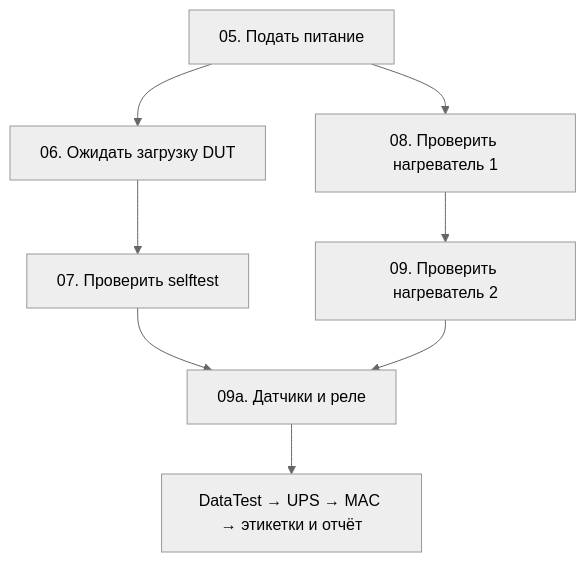
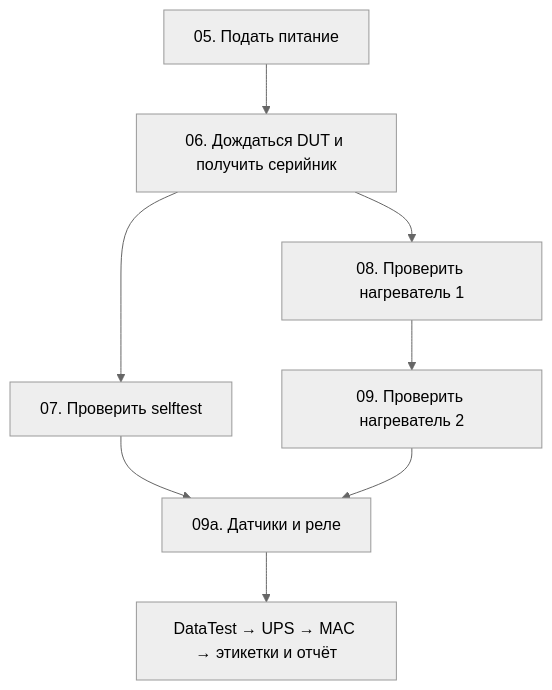
The diagram in docs/obsidian/23 - Параллельное выполнение проверок.md (kotyasmol/TFortisTestBuilder), drawn with Mermaid (neutral theme) before and after one commit. The commit also changed other lines of this file and 23 other files, not shown here.

````diff
--- a/docs/obsidian/23 - Параллельное выполнение проверок.md
+++ b/docs/obsidian/23 - Параллельное выполнение проверок.md
@@ -27,10 +27,10 @@
 ```mermaid
 flowchart TD
-    P["05. Подать питание"] --> A["06. Ожидать загрузку DUT"]
-    P --> B["08. Проверить нагреватель 1"]
+    P["05. Подать питание"] --> A["06. Дождаться DUT и получить серийник"]
     A --> C["07. Проверить selftest"]
+    A --> B["08. Проверить нагреватель 1"]
     B --> D["09. Проверить нагреватель 2"]
     C --> J["09a. Датчики и реле"]
     D --> J
     J --> N["DataTest → UPS → MAC → этикетки и отчёт"]
 ```
````
